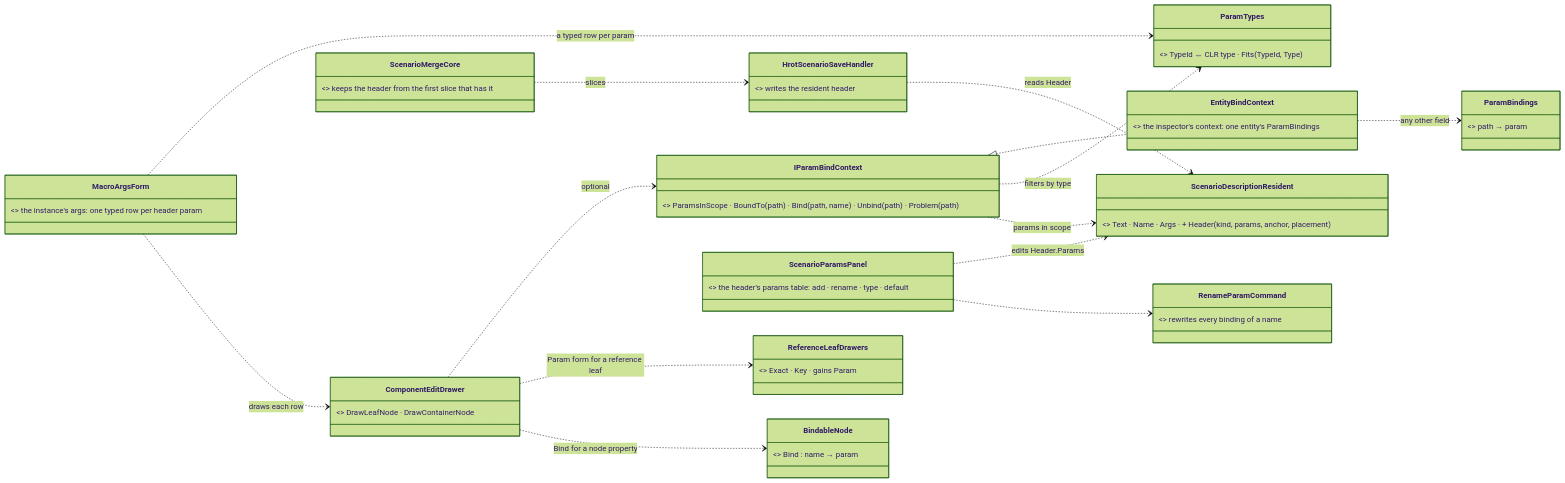
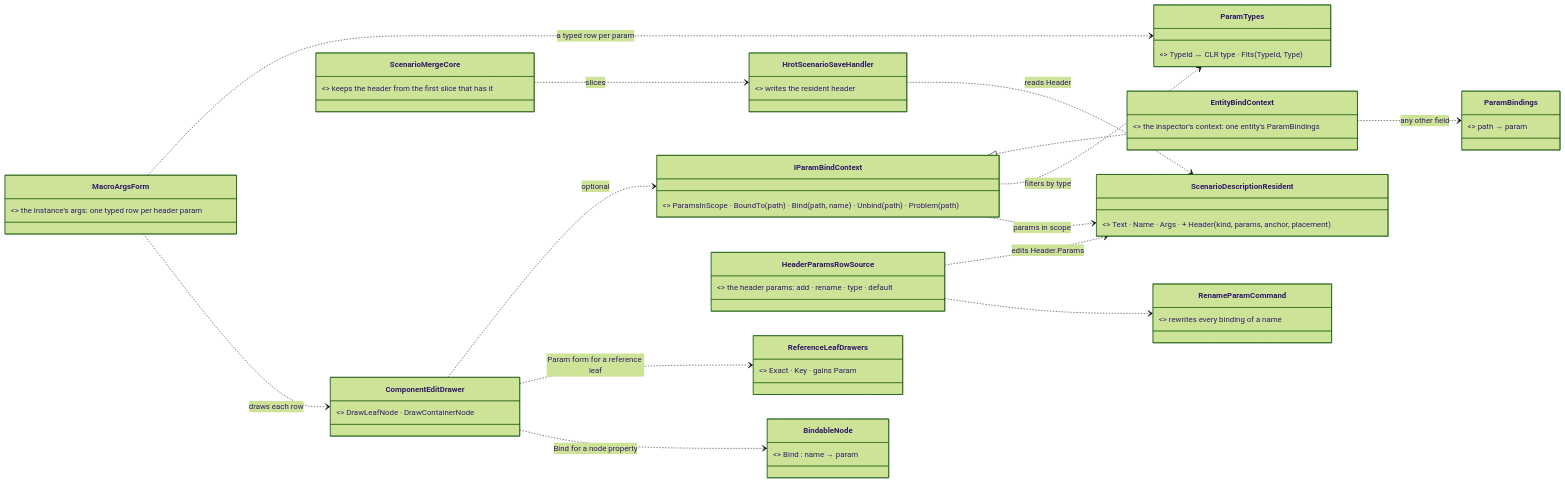
One commit to pjanec/HROT changed the first of 3 diagrams in docs/DESIGN_Macro_Authoring_Editor.md. Above: the diagram before and after it, drawn with Mermaid (forest theme). The commit also changed other lines of this file, not shown here.

First line of the commit message:
CE-4210 design: MA-1 visible bind button (hover + chip), MA-5 params edited by the existing Variables table (one declaration editor for blackboard, scenario params, .params.json), MA-3 both type spellings

````diff
--- a/docs/DESIGN_Macro_Authoring_Editor.md
+++ b/docs/DESIGN_Macro_Authoring_Editor.md
@@ -51,30 +51,30 @@
 ```mermaid
 classDiagram
     direction LR
     class ComponentEditDrawer { <<existing, the ONE field drawer>> DrawLeafNode · DrawContainerNode }
     class IParamBindContext { <<NEW, optional, beside IMapPickContext>> ParamsInScope · BoundTo(path) · Bind(path, name) · Unbind(path) · Problem(path) }
     class ReferenceLeafDrawers { <<existing CE-4206>> Exact · Key · gains Param }
     class BindableNode { <<existing S3a>> Bind : name → param }
     class ParamBindings { <<existing S3a, id 469>> path → param }
     class ParamTypes { <<NEW, Fdp.Toolkits/Scenario>> TypeId ↔ CLR type · Fits(TypeId, Type) }
     class ScenarioDescriptionResident { <<existing, grows>> Text · Name · Args · + Header (kind, params, anchor, placement) }
-    class ScenarioParamsPanel { <<NEW>> the header's params table: add · rename · type · default }
+    class HeaderParamsRowSource { <<NEW, a row source of the EXISTING Variables table>> the header params: add · rename · type · default }
     class RenameParamCommand { <<NEW, undoable>> rewrites every binding of a name }
     class MacroArgsForm { <<NEW>> the instance's args: one typed row per header param }
     class EntityBindContext { <<NEW>> the inspector's context: one entity's ParamBindings }
     class HrotScenarioSaveHandler { <<existing>> writes the resident header }
     class ScenarioMergeCore { <<existing, backend's file>> keeps the header from the first slice that has it }
     ComponentEditDrawer ..> IParamBindContext : optional
     ComponentEditDrawer ..> ReferenceLeafDrawers : Param form for a reference leaf
     ComponentEditDrawer ..> BindableNode : Bind for a node property
     IParamBindContext <|.. EntityBindContext
     EntityBindContext ..> ParamBindings : any other field
     IParamBindContext ..> ParamTypes : filters by type
     IParamBindContext ..> ScenarioDescriptionResident : params in scope
-    ScenarioParamsPanel ..> ScenarioDescriptionResident : edits Header.Params
-    ScenarioParamsPanel ..> RenameParamCommand
+    HeaderParamsRowSource ..> ScenarioDescriptionResident : edits Header.Params
+    HeaderParamsRowSource ..> RenameParamCommand
     MacroArgsForm ..> ParamTypes : a typed row per param
     MacroArgsForm ..> ComponentEditDrawer : draws each row
     HrotScenarioSaveHandler ..> ScenarioDescriptionResident : reads Header
     ScenarioMergeCore ..> HrotScenarioSaveHandler : slices
 ```
````
